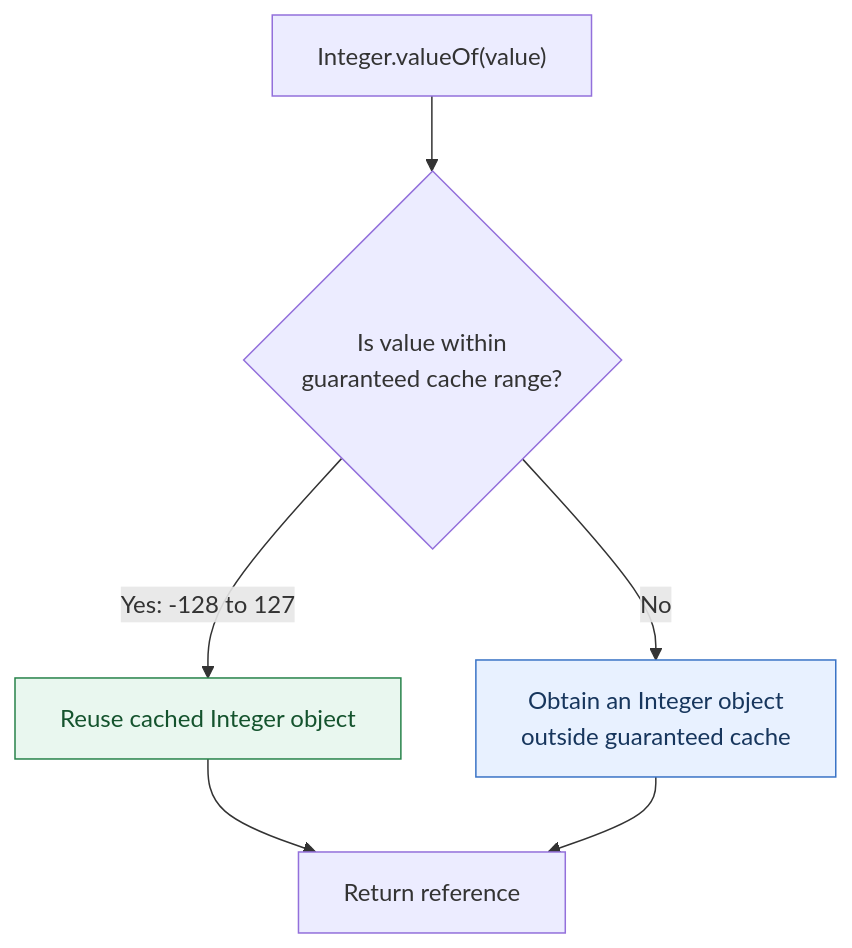
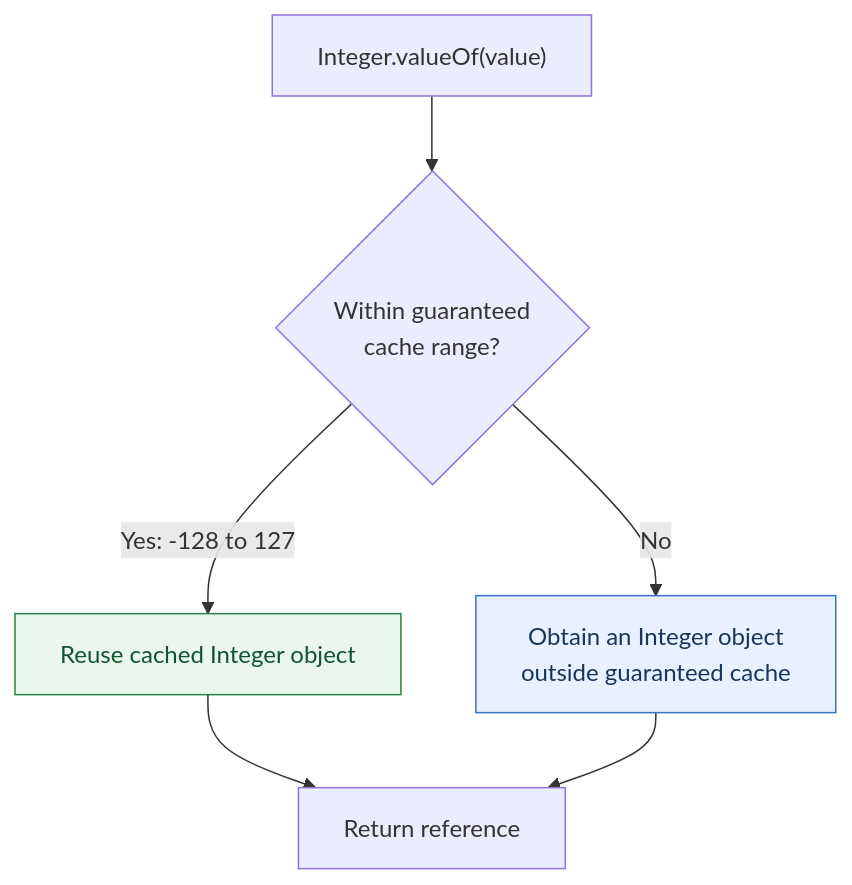
Before and after one commit to VivekCodes07/TheDSAJournal: the sixth of 11 diagrams in src/J08_ObjectOrientedProgramming/L11_AutoBoxingAndPOJOs/README.md, drawn with Mermaid. The commit also changed other lines of this file and 19 other files, not shown here.

````diff
--- a/src/J08_ObjectOrientedProgramming/L11_AutoBoxingAndPOJOs/README.md
+++ b/src/J08_ObjectOrientedProgramming/L11_AutoBoxingAndPOJOs/README.md
@@ -1040,11 +1090,11 @@
 ```mermaid
 flowchart TD
-    A["Integer.valueOf(value)"] --> B{"Is value within<br/>guaranteed cache range?"}
+    A["Integer.valueOf(value)"] --> B{"Within guaranteed<br/>cache range?"}
     B -->|"Yes: -128 to 127"| C["Reuse cached Integer object"]
     B -->|"No"| D["Obtain an Integer object<br/>outside guaranteed cache"]
     C --> E["Return reference"]
     D --> E
 
     style C fill:#E9F7EF,stroke:#27834A,color:#14532D
     style D fill:#E8F1FF,stroke:#3973C6,color:#17365D
 ```
````
